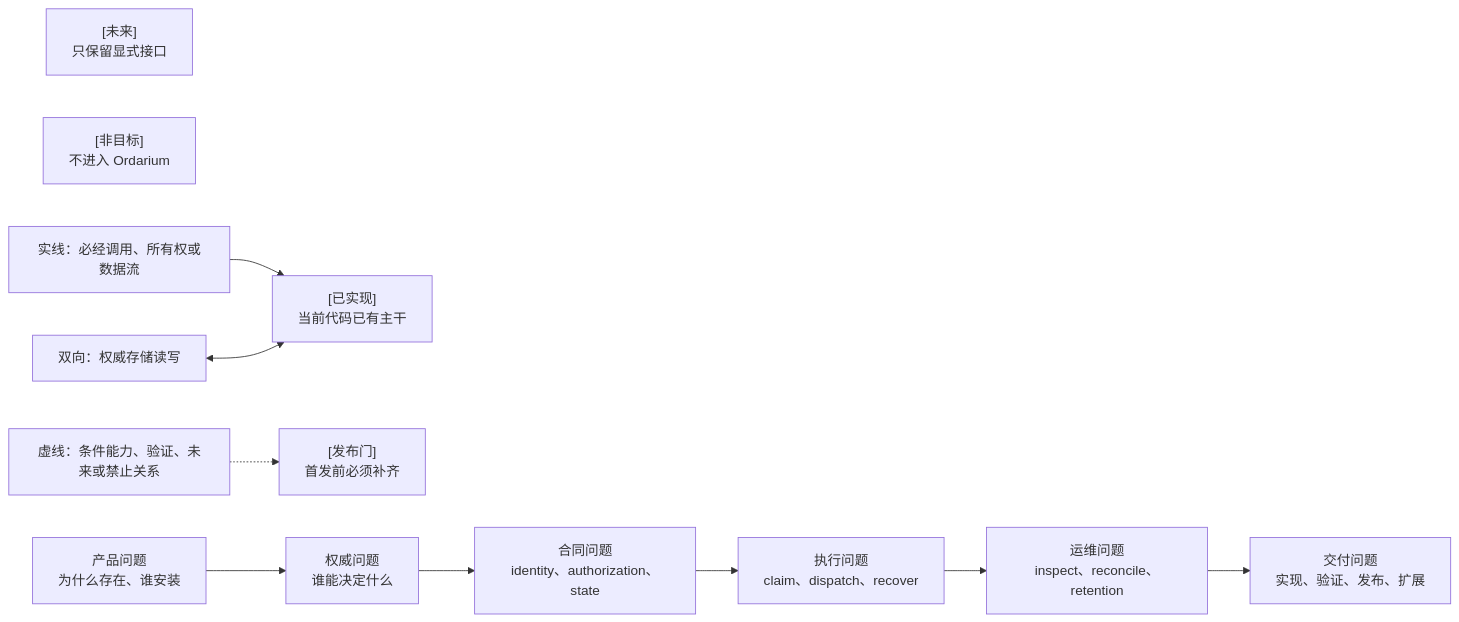
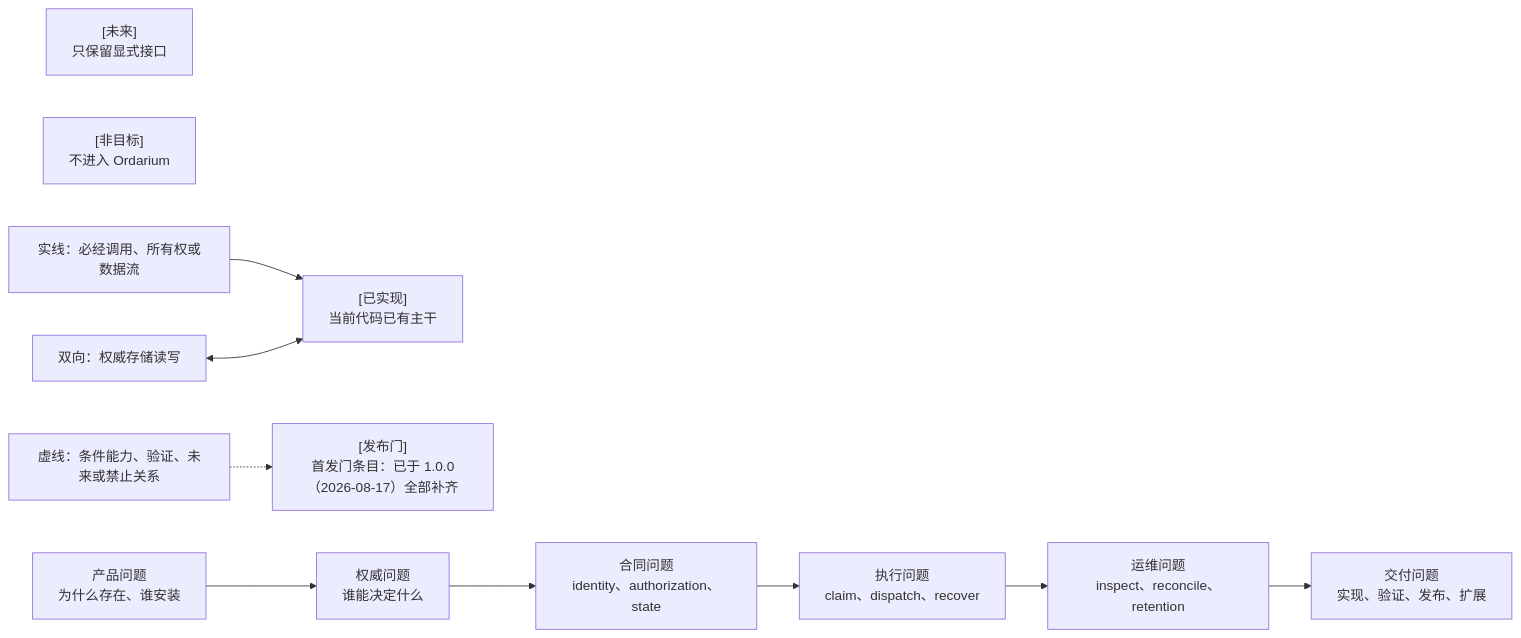
The first of 41 diagrams in docs/16-ordarium-mermaid-architecture-atlas.md (orangeofcarl0-sys/ordarium), drawn with Mermaid before and after one commit. The commit also changed other lines of this file and 15 other files, not shown here.

````diff
--- a/docs/16-ordarium-mermaid-architecture-atlas.md
+++ b/docs/16-ordarium-mermaid-architecture-atlas.md
@@ -8,17 +8,17 @@
 ```mermaid
 flowchart LR
     I["[已实现]<br/>当前代码已有主干"]
-    R["[发布门]<br/>首发前必须补齐"]
+    R["[发布门]<br/>首发门条目：已于 1.0.0（2026-08-17）全部补齐"]
     F["[未来]<br/>只保留显式接口"]
     N["[非目标]<br/>不进入 Ordarium"]
 
     REQUIRED["实线：必经调用、所有权或数据流"] --> I
     CONDITIONAL["虚线：条件能力、验证、未来或禁止关系"] -.-> R
     AUTHORITY["双向：权威存储读写"] <--> I
 
     PRODUCT["产品问题<br/>为什么存在、谁安装"] --> OWNERSHIP["权威问题<br/>谁能决定什么"]
     OWNERSHIP --> CONTRACT["合同问题<br/>identity、authorization、state"]
     CONTRACT --> EXECUTION["执行问题<br/>claim、dispatch、recover"]
     EXECUTION --> OPERATIONS["运维问题<br/>inspect、reconcile、retention"]
     OPERATIONS --> DELIVERY["交付问题<br/>实现、验证、发布、扩展"]
 ```
````
